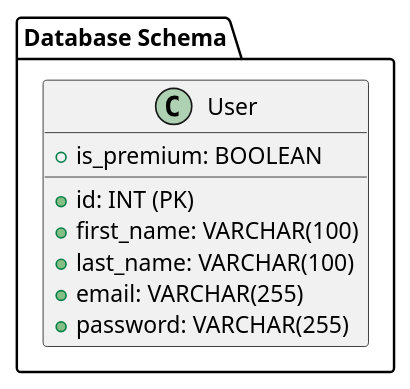
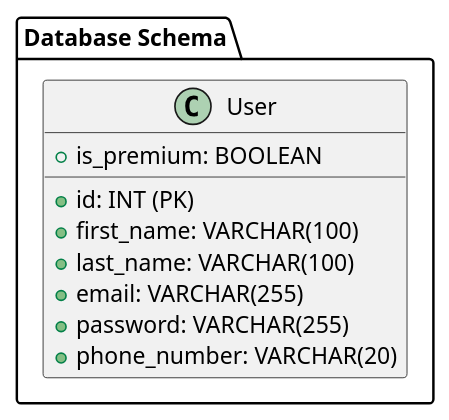
One commit to AmineBennani7/AI-Powered-Travel-Assistant changed the diagram in backend/database/diagram/class_diagram.puml. Above: the diagram before and after it, drawn with PlantUML. The commit also changed 5 other files, not shown here.

Commit message:
added phone number in database

```diff
--- a/backend/database/diagram/class_diagram.puml
+++ b/backend/database/diagram/class_diagram.puml
@@ -1,15 +1,16 @@
 @startuml class_diagram
 skinparam classFontSize 14
 skinparam classArrowColor #2E86C1
 
 package "Database Schema" {
   class User {
     +id: INT (PK)
     +first_name: VARCHAR(100)
     +last_name: VARCHAR(100)
     +email: VARCHAR(255)
     +password: VARCHAR(255)
+    +phone_number: VARCHAR(20)
     +is_premium: BOOLEAN
   }
 }
 @enduml
```
